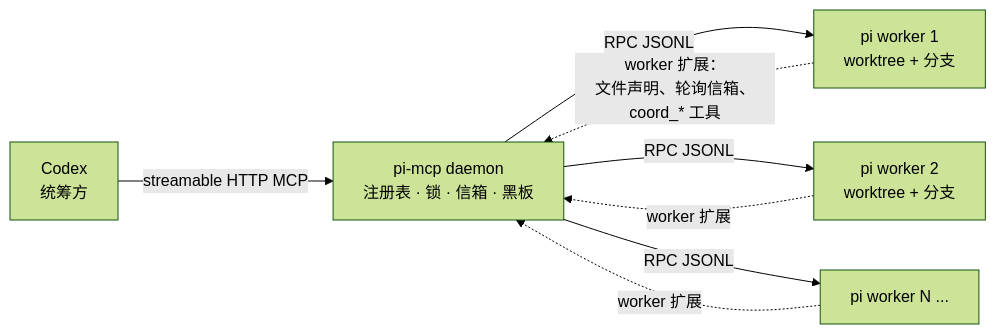
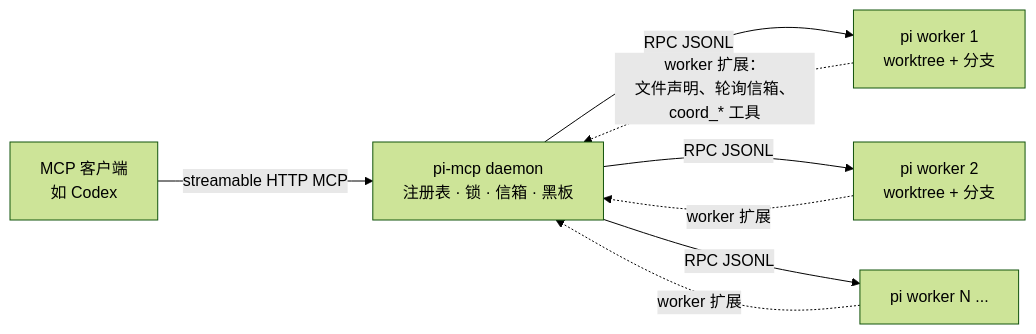
Before and after one commit to lucasjingcn/pi-coffee: the diagram in README.zh-CN.md, drawn with Mermaid (forest theme). The commit also changed other lines of this file and 2 other files, not shown here.

First line of the commit message:
Describe pi-mcp as client-agnostic

````diff
--- a/README.zh-CN.md
+++ b/README.zh-CN.md
@@ -65,10 +65,10 @@
 ```mermaid
 flowchart LR
-    Codex[Codex<br/>统筹方] -- "streamable HTTP MCP" --> Daemon[pi-mcp daemon<br/>注册表 · 锁 · 信箱 · 黑板]
+    Codex[MCP 客户端<br/>如 Codex] -- "streamable HTTP MCP" --> Daemon[pi-mcp daemon<br/>注册表 · 锁 · 信箱 · 黑板]
     Daemon -- "RPC JSONL" --> W1[pi worker 1<br/>worktree + 分支]
     Daemon -- "RPC JSONL" --> W2[pi worker 2<br/>worktree + 分支]
     Daemon -- "RPC JSONL" --> WN[pi worker N ...]
     W1 -. "worker 扩展：<br/>文件声明、轮询信箱、coord_* 工具" .-> Daemon
     W2 -. "worker 扩展" .-> Daemon
     WN -. "worker 扩展" .-> Daemon
 ```
````
